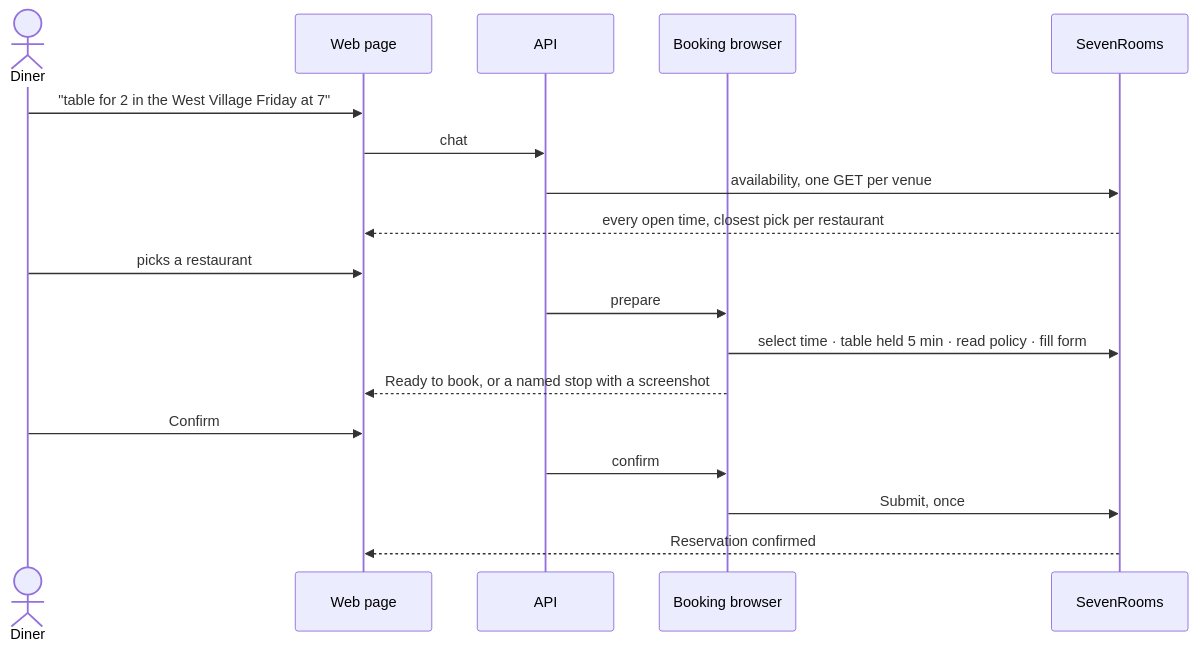
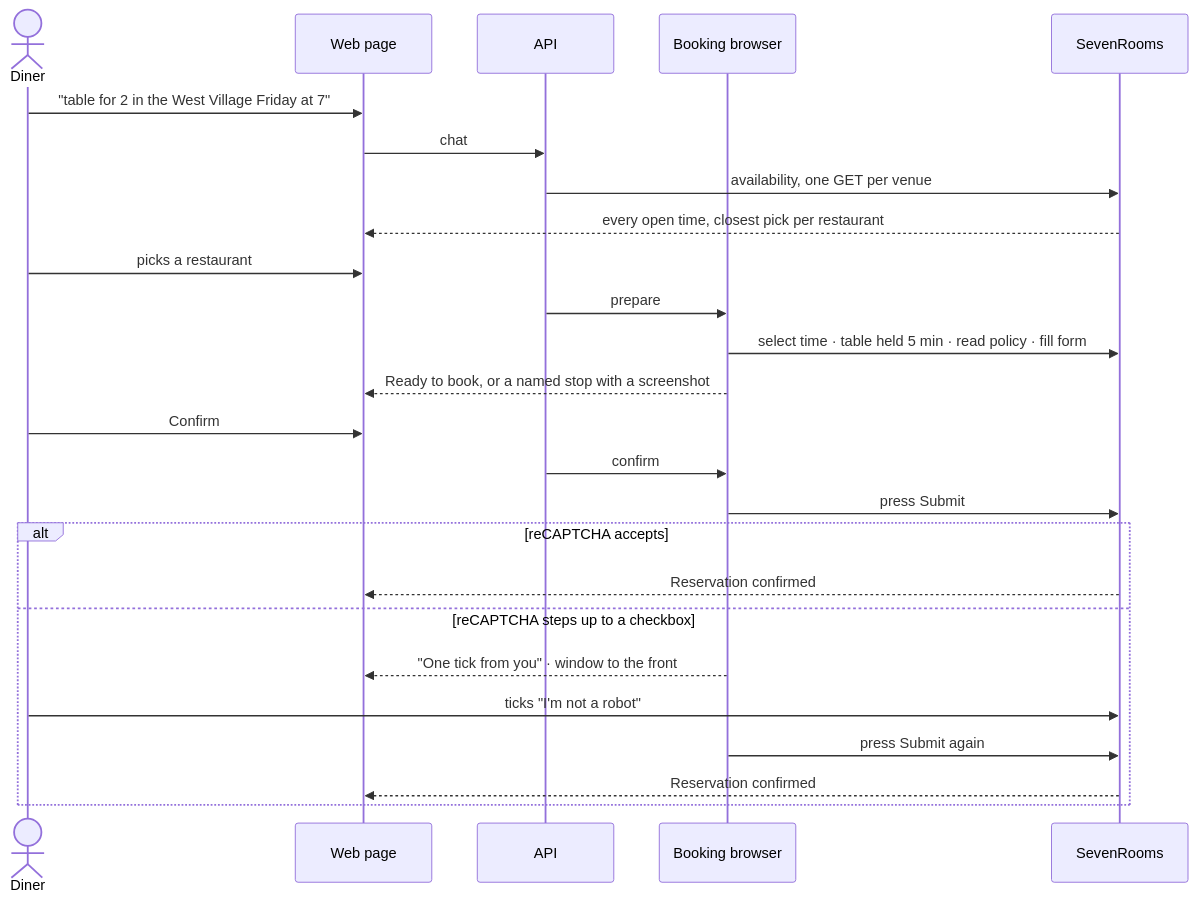
The second of 7 diagrams in ARCHITECTURE.md (Dileep2896/pearl-table-concierge), drawn with Mermaid before and after one commit. The commit also changed other lines of this file and 2 other files, not shown here.

Commit message:
Docs: reCAPTCHA checkbox path in the diagrams, proof of a real booking, the false-rejection fix in the audit

````diff
--- a/ARCHITECTURE.md
+++ b/ARCHITECTURE.md
@@ -27,21 +27,28 @@
 ```mermaid
 sequenceDiagram
   actor Diner
   participant UI as Web page
   participant API as API
   participant B as Booking browser
   participant SR as SevenRooms
 
   Diner->>UI: "table for 2 in the West Village Friday at 7"
   UI->>API: chat
   API->>SR: availability, one GET per venue
   SR-->>UI: every open time, closest pick per restaurant
   Diner->>UI: picks a restaurant
   API->>B: prepare
   B->>SR: select time · table held 5 min · read policy · fill form
   B-->>UI: Ready to book, or a named stop with a screenshot
   Diner->>UI: Confirm
   API->>B: confirm
-  B->>SR: Submit, once
-  SR-->>UI: Reservation confirmed
+  B->>SR: press Submit
+  alt reCAPTCHA accepts
+    SR-->>UI: Reservation confirmed
+  else reCAPTCHA steps up to a checkbox
+    B-->>UI: "One tick from you" · window to the front
+    Diner->>SR: ticks "I'm not a robot"
+    B->>SR: press Submit again
+    SR-->>UI: Reservation confirmed
+  end
 ```
````
